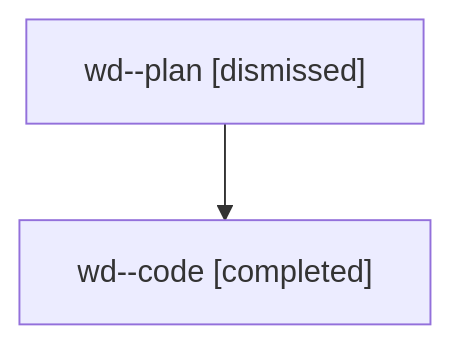
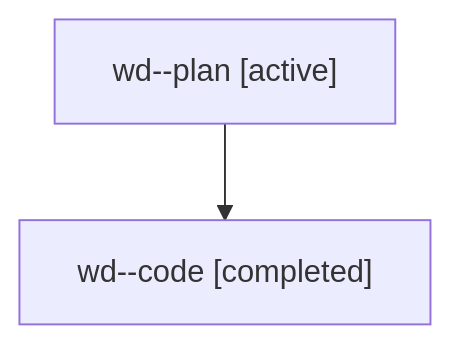
Before and after one commit to sase-org/sase--agents: the diagram in families/bbugyi200.athena.wd.md, drawn with Mermaid. The commit also changed other lines of this file and 35830 other files, not shown here.

````diff
--- a/families/bbugyi200.athena.wd.md
+++ b/families/bbugyi200.athena.wd.md
@@ -9,6 +9,6 @@
 ```mermaid
 flowchart TD
-  n0["wd--plan [dismissed]"]
+  n0["wd--plan [active]"]
   n1["wd--code [completed]"]
   n0 --> n1
 ```
````
